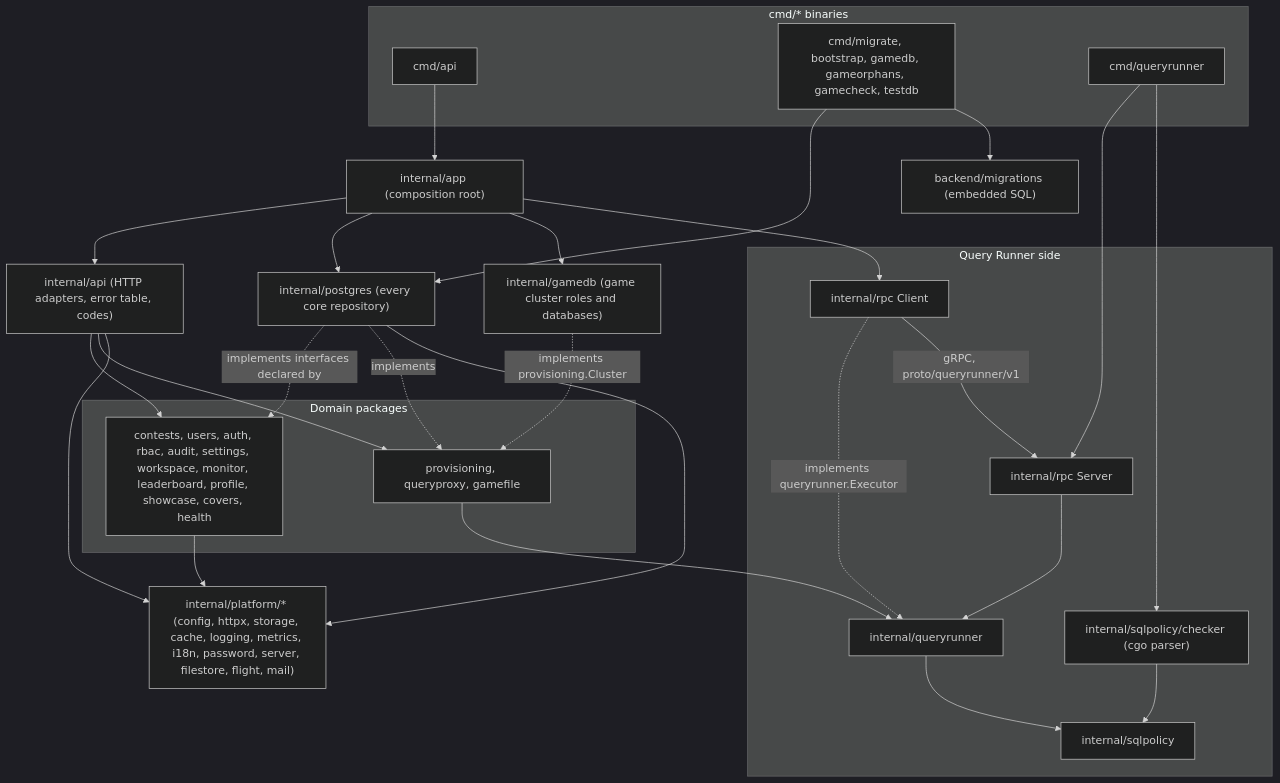
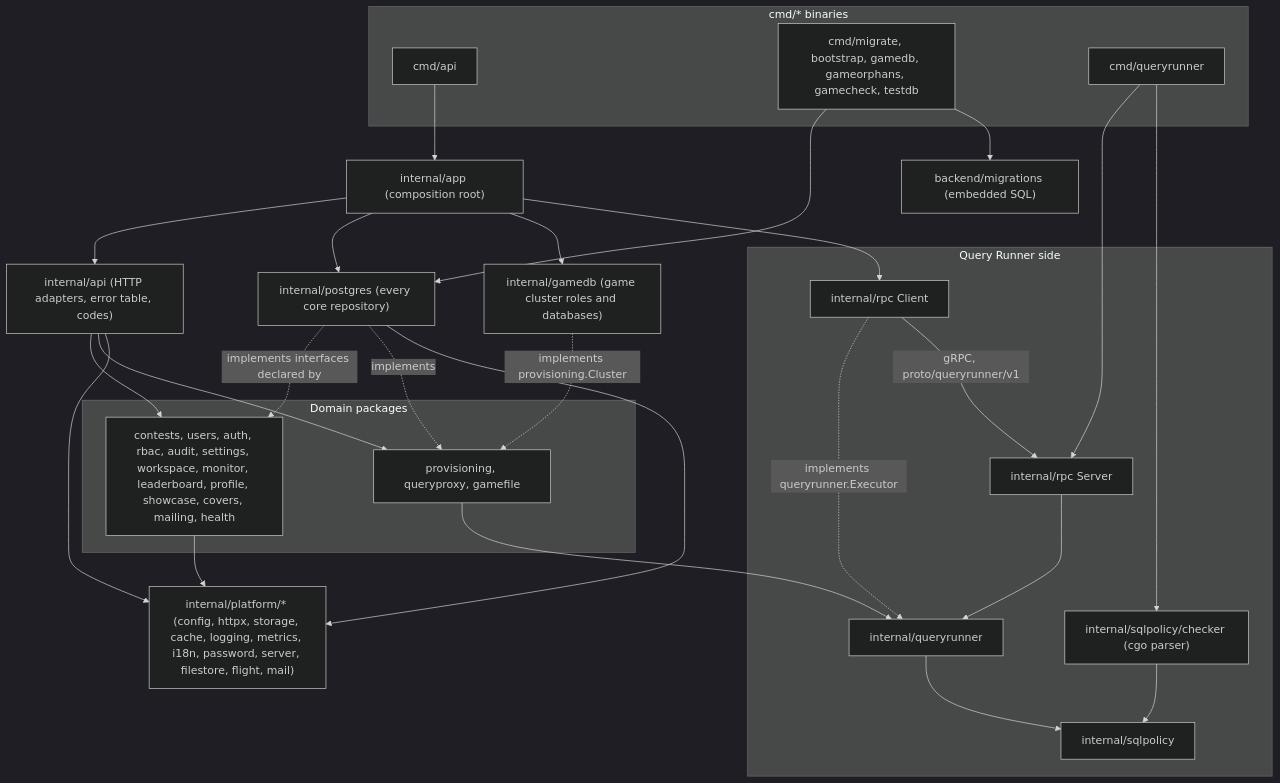
One commit to devrdn/olymp-db-platform changed the diagram in docs/guide/04-backend.md. Above: the diagram before and after it, drawn with Mermaid (dark theme). The commit also changed 19 other files, not shown here.

````diff
--- a/docs/guide/04-backend.md
+++ b/docs/guide/04-backend.md
@@ -38,54 +38,54 @@
 ```mermaid
 flowchart TB
   subgraph bins["cmd/* binaries"]
     cmdapi["cmd/api"]
     cmdjobs["cmd/migrate, bootstrap, gamedb, gameorphans, gamecheck, testdb"]
     cmdqr["cmd/queryrunner"]
   end
 
   app["internal/app (composition root)"]
   api["internal/api (HTTP adapters, error table, codes)"]
 
   subgraph domain["Domain packages"]
-    dom["contests, users, auth, rbac, audit, settings, workspace, monitor, leaderboard, profile, showcase, covers, health"]
+    dom["contests, users, auth, rbac, audit, settings, workspace, monitor, leaderboard, profile, showcase, covers, mailing, health"]
     game["provisioning, queryproxy, gamefile"]
   end
 
   pg["internal/postgres (every core repository)"]
   gamedb["internal/gamedb (game cluster roles and databases)"]
   mig["backend/migrations (embedded SQL)"]
 
   subgraph runner["Query Runner side"]
     client["internal/rpc Client"]
     server["internal/rpc Server"]
     qr["internal/queryrunner"]
     sp["internal/sqlpolicy"]
     chk["internal/sqlpolicy/checker (cgo parser)"]
   end
 
   platform["internal/platform/* (config, httpx, storage, cache, logging, metrics, i18n, password, server, filestore, flight, mail)"]
 
   cmdapi --> app
   app --> api
   app --> pg
   app --> gamedb
   app --> client
   api --> dom
   api --> game
   pg -.->|"implements interfaces declared by"| dom
   pg -.->|"implements"| game
   gamedb -.->|"implements provisioning.Cluster"| game
   game --> qr
   client -.->|"implements queryrunner.Executor"| qr
   client -->|"gRPC, proto/queryrunner/v1"| server
   cmdqr --> server
   cmdqr --> chk
   server --> qr
   qr --> sp
   chk --> sp
   cmdjobs --> pg
   cmdjobs --> mig
   dom --> platform
   api --> platform
   pg --> platform
 ```
````
